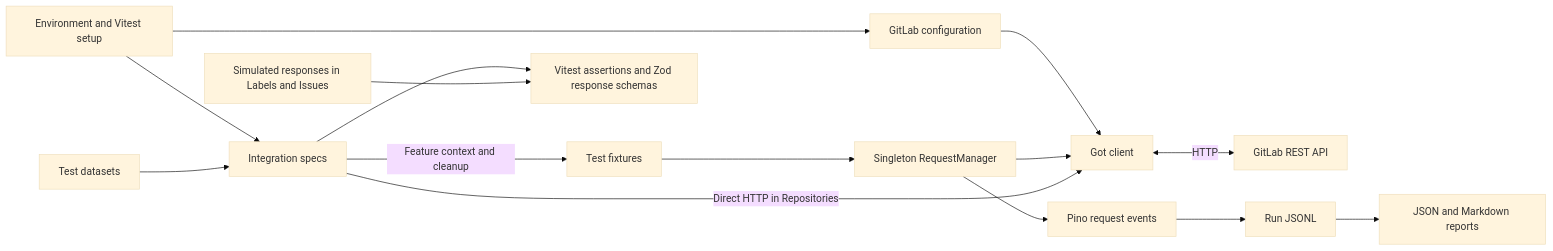
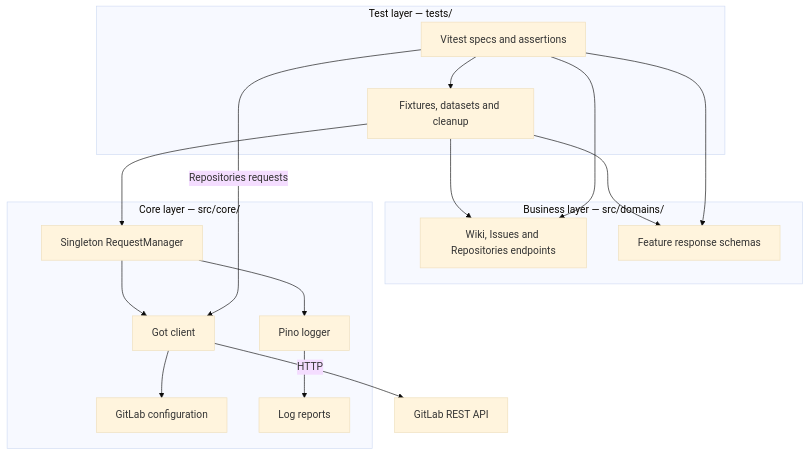
Before and after one commit to sqe3-organization/sqe3-2026-group4: the diagram in wiki/labs/l4/architecture.md, drawn with Mermaid (base theme). The commit also changed other lines of this file and 29 other files, not shown here.

Commit message:
refactor(framework): organize source into core and feature domains #L4

````diff
--- a/wiki/labs/l4/architecture.md
+++ b/wiki/labs/l4/architecture.md
@@ -7,17 +7,30 @@
 ```mermaid
-flowchart LR
-  setup["Environment and Vitest setup"] --> specs["Integration specs"]
-  setup --> config["GitLab configuration"]
-  config --> client["Got client"]
-  data["Test datasets"] --> specs
-  specs -->|"Feature context and cleanup"| fixtures["Test fixtures"]
-  fixtures --> manager["Singleton RequestManager"]
-  manager --> client
-  specs -->|"Direct HTTP in Repositories"| client
-  client <-->|"HTTP"| gitlab["GitLab REST API"]
-  specs --> contracts["Vitest assertions and Zod response schemas"]
-  simulated["Simulated responses in Labels and Issues"] --> contracts
-  manager --> logger["Pino request events"]
-  logger --> runLog["Run JSONL"]
-  runLog --> reports["JSON and Markdown reports"]
+flowchart TD
+  subgraph tests["Test layer — tests/"]
+    specs["Vitest specs and assertions"]
+    fixtures["Fixtures, datasets and cleanup"]
+    specs --> fixtures
+  end
+  subgraph domains["Business layer — src/domains/"]
+    endpoints["Wiki, Issues and Repositories endpoints"]
+    schemas["Feature response schemas"]
+  end
+  subgraph core["Core layer — src/core/"]
+    manager["Singleton RequestManager"]
+    client["Got client"]
+    env["GitLab configuration"]
+    logger["Pino logger"]
+    reports["Log reports"]
+    manager --> client
+    client --> env
+    manager --> logger
+    logger --> reports
+  end
+  fixtures --> endpoints
+  specs --> endpoints
+  fixtures --> schemas
+  specs --> schemas
+  fixtures --> manager
+  specs -->|"Repositories requests"| client
+  client -->|"HTTP"| gitlab["GitLab REST API"]
 ```
````
